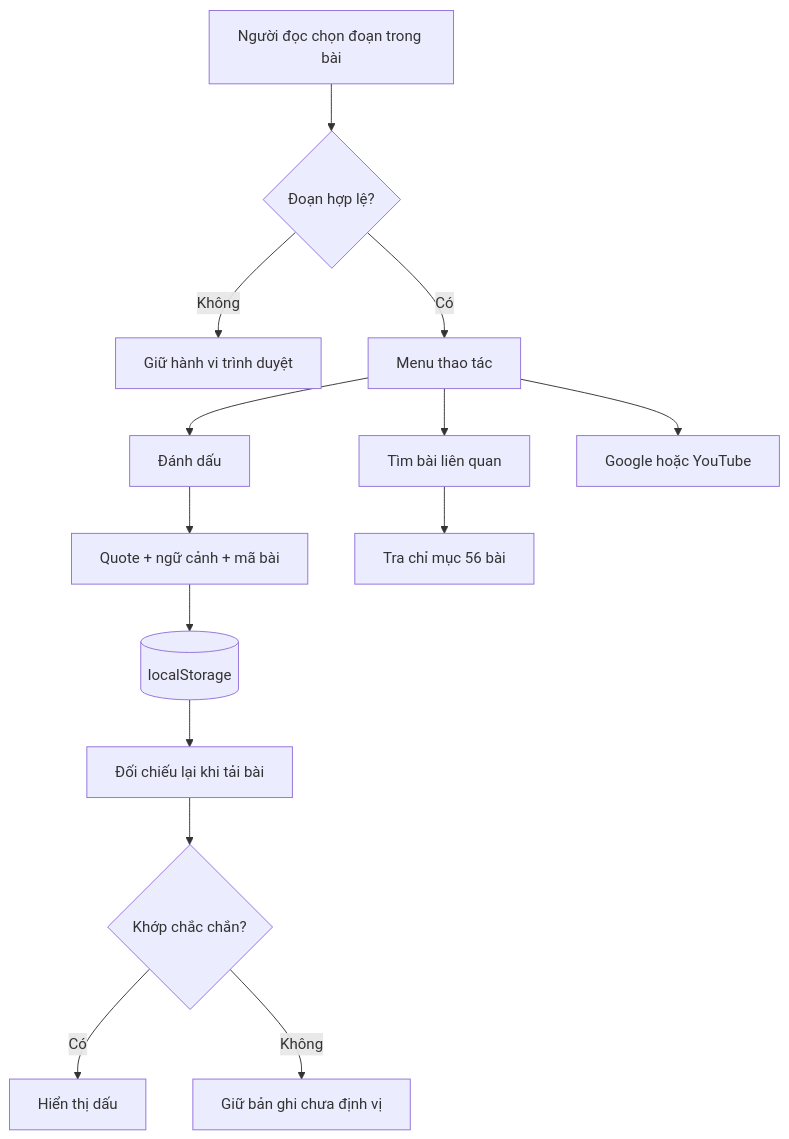
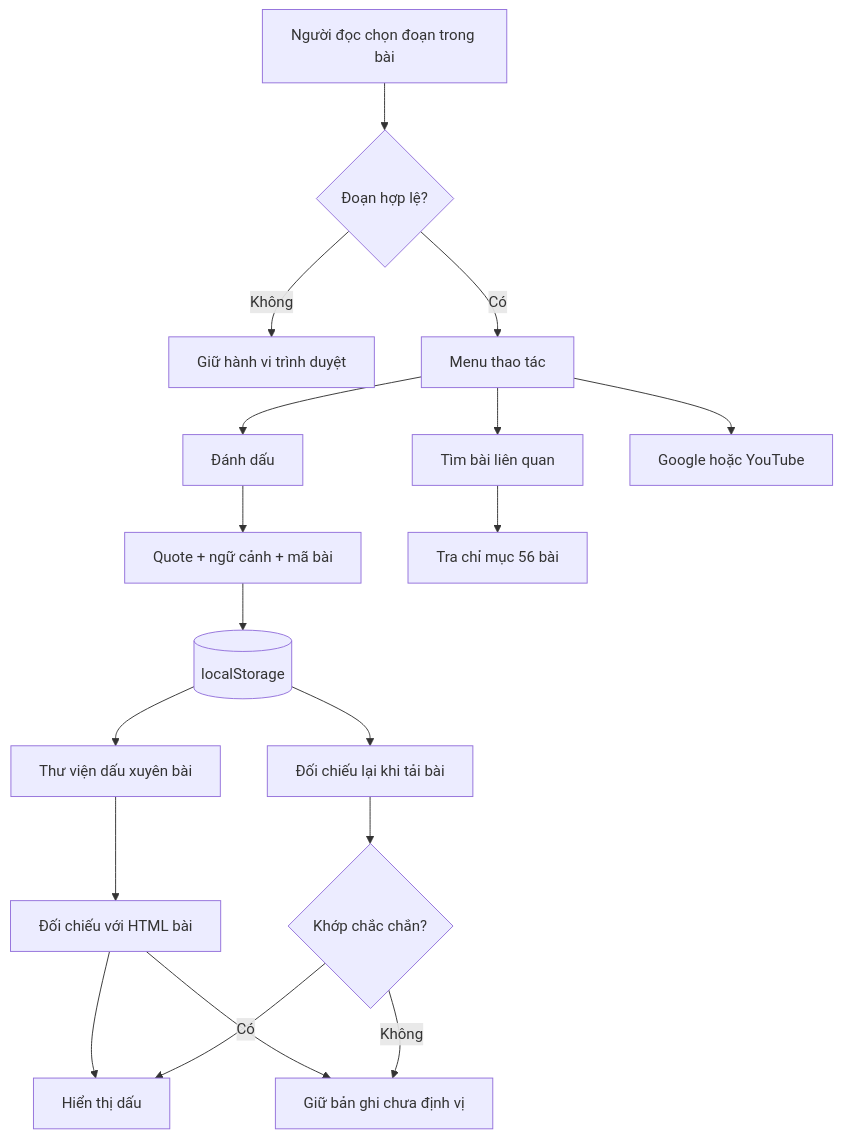
One commit to danghoangsqtt-sys/Ebook-basic-circuit changed the second of 4 diagrams in .DHSYSTEM/ARCHITECTURE.md. Above: the diagram before and after it, drawn with Mermaid. The commit also changed other lines of this file and 11 other files, not shown here.

````diff
--- a/.DHSYSTEM/ARCHITECTURE.md
+++ b/.DHSYSTEM/ARCHITECTURE.md
@@ -68,16 +72,20 @@
 ```mermaid
 flowchart TD
   S[Người đọc chọn đoạn trong bài] --> V{Đoạn hợp lệ?}
   V -- Không --> N[Giữ hành vi trình duyệt]
   V -- Có --> M[Menu thao tác]
   M --> H[Đánh dấu]
   H --> Q[Quote + ngữ cảnh + mã bài]
   Q --> L[(localStorage)]
   L --> R[Đối chiếu lại khi tải bài]
+  L --> HL[Thư viện dấu xuyên bài]
+  HL --> VH[Đối chiếu với HTML bài]
+  VH --> E
+  VH --> D
   R --> C{Khớp chắc chắn?}
   C -- Có --> D[Hiển thị dấu]
   C -- Không --> E[Giữ bản ghi chưa định vị]
   M --> F[Tìm bài liên quan]
   F --> I[Tra chỉ mục 56 bài]
   M --> X[Google hoặc YouTube]
 ```
````
